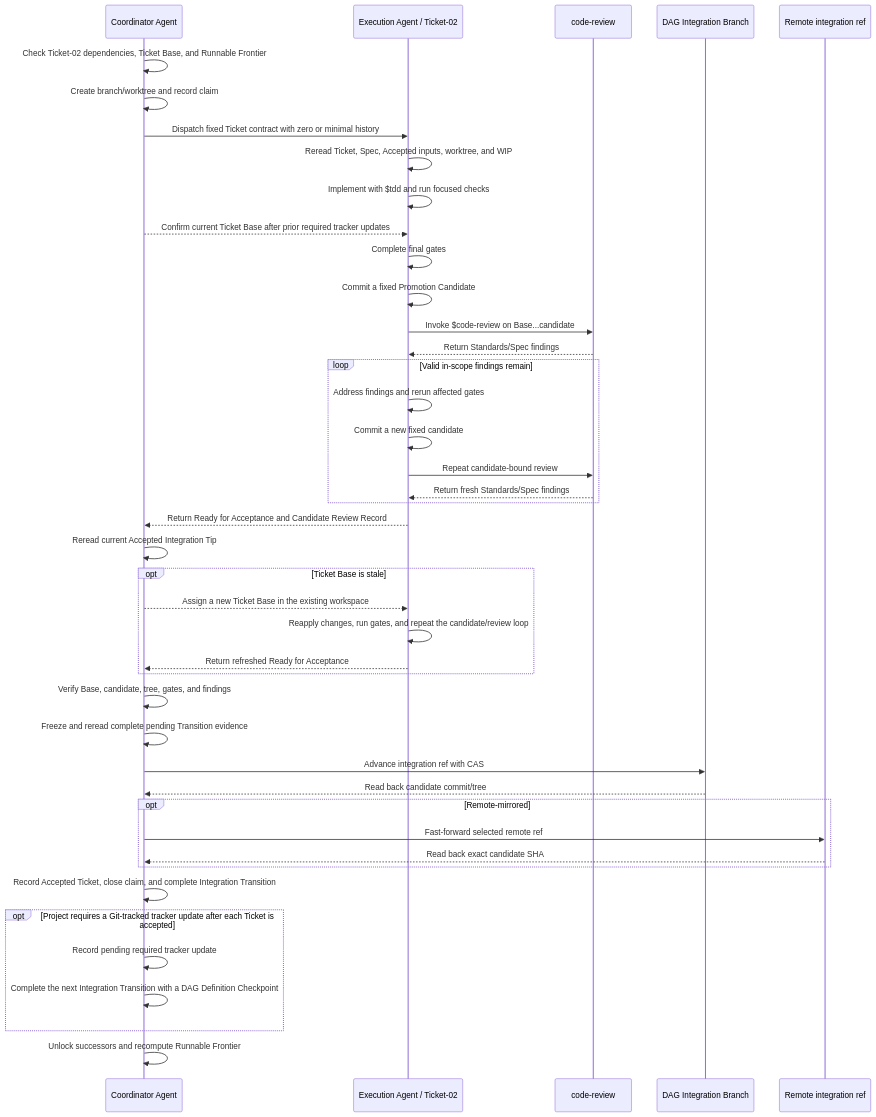
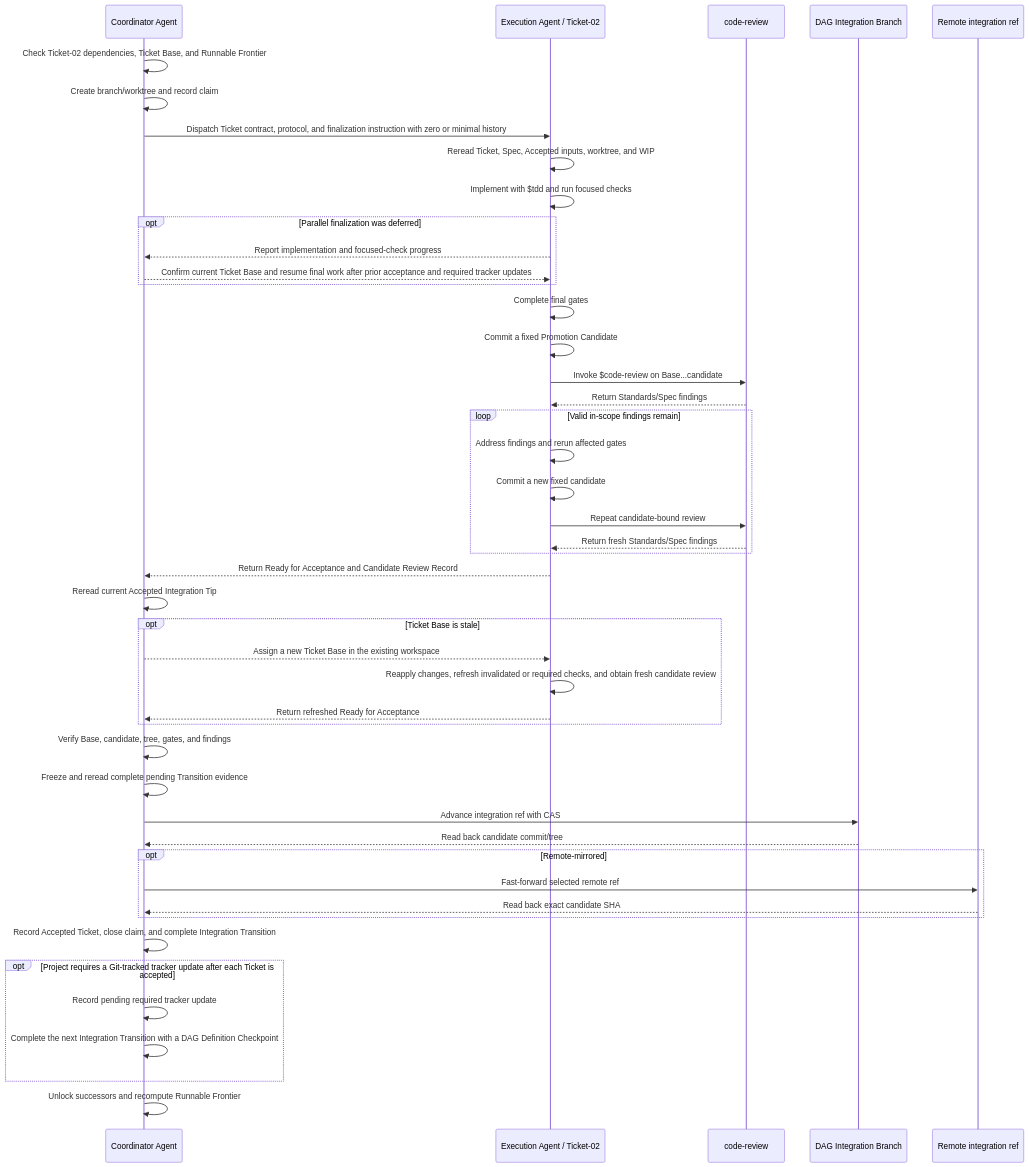
One commit to RedHeartSecretMan/dag-skill changed the diagram in README.md. Above: the diagram before and after it, drawn with Mermaid. The commit also changed other lines of this file and 17 other files, not shown here.

````diff
--- a/README.md
+++ b/README.md
@@ -60,55 +59,58 @@
 ```mermaid
 sequenceDiagram
     participant C as Coordinator Agent
     participant E as Execution Agent / Ticket-02
     participant R as code-review
     participant I as DAG Integration Branch
     participant M as Remote integration ref
 
     C->>C: Check Ticket-02 dependencies, Ticket Base, and Runnable Frontier
     C->>C: Create branch/worktree and record claim
-    C->>E: Dispatch fixed Ticket contract with zero or minimal history
+    C->>E: Dispatch Ticket contract, protocol, and finalization instruction with zero or minimal history
 
     E->>E: Reread Ticket, Spec, Accepted inputs, worktree, and WIP
     E->>E: Implement with $tdd and run focused checks
-    C-->>E: Confirm current Ticket Base after prior required tracker updates
+    opt Parallel finalization was deferred
+        E-->>C: Report implementation and focused-check progress
+        C-->>E: Confirm current Ticket Base and resume final work after prior acceptance and required tracker updates
+    end
     E->>E: Complete final gates
     E->>E: Commit a fixed Promotion Candidate
     E->>R: Invoke $code-review on Base...candidate
     R-->>E: Return Standards/Spec findings
 
     loop Valid in-scope findings remain
         E->>E: Address findings and rerun affected gates
         E->>E: Commit a new fixed candidate
         E->>R: Repeat candidate-bound review
         R-->>E: Return fresh Standards/Spec findings
     end
 
     E-->>C: Return Ready for Acceptance and Candidate Review Record
     C->>C: Reread current Accepted Integration Tip
 
     opt Ticket Base is stale
         C-->>E: Assign a new Ticket Base in the existing workspace
-        E->>E: Reapply changes, run gates, and repeat the candidate/review loop
+        E->>E: Reapply changes, refresh invalidated or required checks, and obtain fresh candidate review
         E-->>C: Return refreshed Ready for Acceptance
     end
 
     C->>C: Verify Base, candidate, tree, gates, and findings
     C->>C: Freeze and reread complete pending Transition evidence
     C->>I: Advance integration ref with CAS
     I-->>C: Read back candidate commit/tree
 
     opt Remote-mirrored
         C->>M: Fast-forward selected remote ref
         M-->>C: Read back exact candidate SHA
     end
 
     C->>C: Record Accepted Ticket, close claim, and complete Integration Transition
 
     opt Project requires a Git-tracked tracker update after each Ticket is accepted
         C->>C: Record pending required tracker update
         C->>C: Complete the next Integration Transition with a DAG Definition Checkpoint
     end
 
     C->>C: Unlock successors and recompute Runnable Frontier
 ```
````
